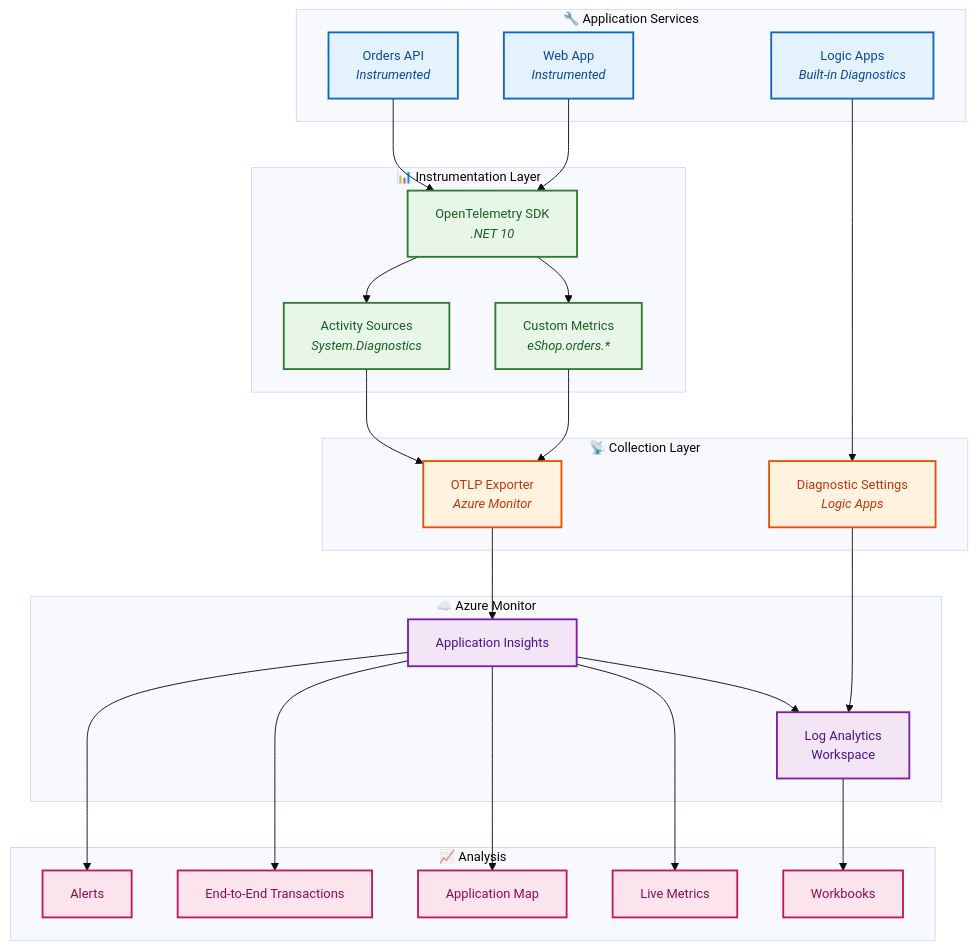
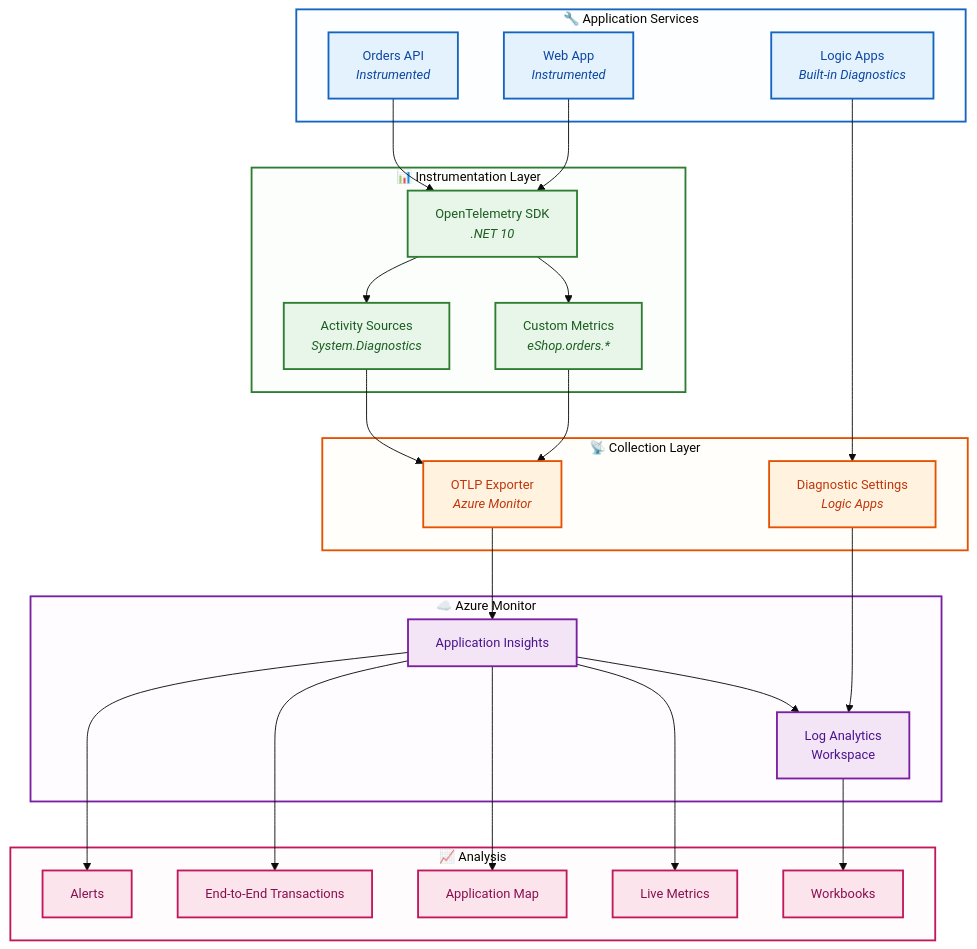
The first of 2 diagrams in docs/architecture/05-observability-architecture.md (Evilazaro/Azure-LogicApps-Monitoring), drawn with Mermaid before and after one commit. The commit also changed 1 other file, not shown here.

Commit message:
Enhance technology architecture diagrams with improved subgraph container styling for better visual layer grouping

````diff
--- a/docs/architecture/05-observability-architecture.md
+++ b/docs/architecture/05-observability-architecture.md
@@ -23,69 +23,76 @@
 ```mermaid
 %%{init: {'theme': 'base', 'themeVariables': { 'fontSize': '14px'}}}%%
 flowchart TB
     subgraph Services["🔧 Application Services"]
         API["Orders API<br/><i>Instrumented</i>"]
         Web["Web App<br/><i>Instrumented</i>"]
         LA["Logic Apps<br/><i>Built-in Diagnostics</i>"]
     end
 
     subgraph Instrumentation["📊 Instrumentation Layer"]
         OTEL["OpenTelemetry SDK<br/><i>.NET 10</i>"]
         Custom["Custom Metrics<br/><i>eShop.orders.*</i>"]
         Activity["Activity Sources<br/><i>System.Diagnostics</i>"]
     end
 
     subgraph Collection["📡 Collection Layer"]
         OTLP["OTLP Exporter<br/><i>Azure Monitor</i>"]
         Diag["Diagnostic Settings<br/><i>Logic Apps</i>"]
     end
 
     subgraph Backend["☁️ Azure Monitor"]
         AI["Application Insights"]
         LAW["Log Analytics<br/>Workspace"]
     end
 
     subgraph Analysis["📈 Analysis"]
         LiveMetrics["Live Metrics"]
         AppMap["Application Map"]
         E2E["End-to-End Transactions"]
         Workbooks["Workbooks"]
         Alerts["Alerts"]
     end
 
     %% Instrumentation flow
     API --> OTEL
     Web --> OTEL
     OTEL --> Custom
     OTEL --> Activity
     
     %% Collection flow
     Custom --> OTLP
     Activity --> OTLP
     LA --> Diag
 
     %% Backend flow
     OTLP --> AI
     Diag --> LAW
     AI --> LAW
 
     %% Analysis flow
     AI --> LiveMetrics
     AI --> AppMap
     AI --> E2E
     LAW --> Workbooks
     AI --> Alerts
 
     %% Accessible color palette for observability layers
     classDef service fill:#e3f2fd,stroke:#1565c0,stroke-width:2px,color:#0d47a1
     classDef instrumentation fill:#e8f5e9,stroke:#2e7d32,stroke-width:2px,color:#1b5e20
     classDef collection fill:#fff3e0,stroke:#e65100,stroke-width:2px,color:#bf360c
     classDef backend fill:#f3e5f5,stroke:#7b1fa2,stroke-width:2px,color:#4a148c
     classDef analysis fill:#fce4ec,stroke:#c2185b,stroke-width:2px,color:#880e4f
 
     class API,Web,LA service
     class OTEL,Custom,Activity instrumentation
     class OTLP,Diag collection
     class AI,LAW backend
     class LiveMetrics,AppMap,E2E,Workbooks,Alerts analysis
+
+    %% Subgraph container styling for visual layer grouping
+    style Services fill:#e3f2fd22,stroke:#1565c0,stroke-width:2px
+    style Instrumentation fill:#e8f5e922,stroke:#2e7d32,stroke-width:2px
+    style Collection fill:#fff3e022,stroke:#e65100,stroke-width:2px
+    style Backend fill:#f3e5f522,stroke:#7b1fa2,stroke-width:2px
+    style Analysis fill:#fce4ec22,stroke:#c2185b,stroke-width:2px
 ```
````
